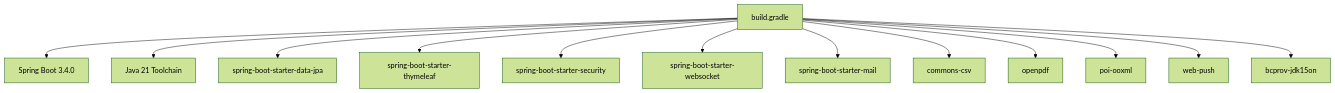
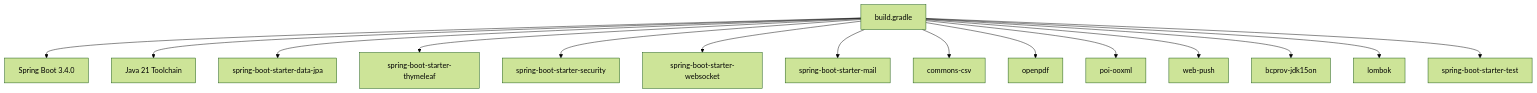
The eighth of 8 diagrams in .qoder/repowiki/en/content/Developer Guidelines.md (mhcybroot/Skylink-custom-backend), drawn with Mermaid (forest theme) before and after one commit. The commit also changed other lines of this file and 7 other files, not shown here.

First line of the commit message:
feat(architecture): enhance security, real-time communication, and data access layers

````diff
--- a/.qoder/repowiki/en/content/Developer Guidelines.md
+++ b/.qoder/repowiki/en/content/Developer Guidelines.md
@@ -268,15 +332,17 @@
 ```mermaid
 graph TB
 Gradle["build.gradle"] --> SB["Spring Boot 3.4.0"]
 Gradle --> JDK["Java 21 Toolchain"]
 Gradle --> SDJPA["spring-boot-starter-data-jpa"]
 Gradle --> TH["spring-boot-starter-thymeleaf"]
 Gradle --> SEC["spring-boot-starter-security"]
 Gradle --> WS["spring-boot-starter-websocket"]
 Gradle --> MAIL["spring-boot-starter-mail"]
 Gradle --> CSV["commons-csv"]
 Gradle --> PDF["openpdf"]
 Gradle --> POI["poi-ooxml"]
 Gradle --> WP["web-push"]
 Gradle --> BC["bcprov-jdk15on"]
+Gradle --> LOMBOK["lombok"]
+Gradle --> TEST["spring-boot-starter-test"]
 ```
````
